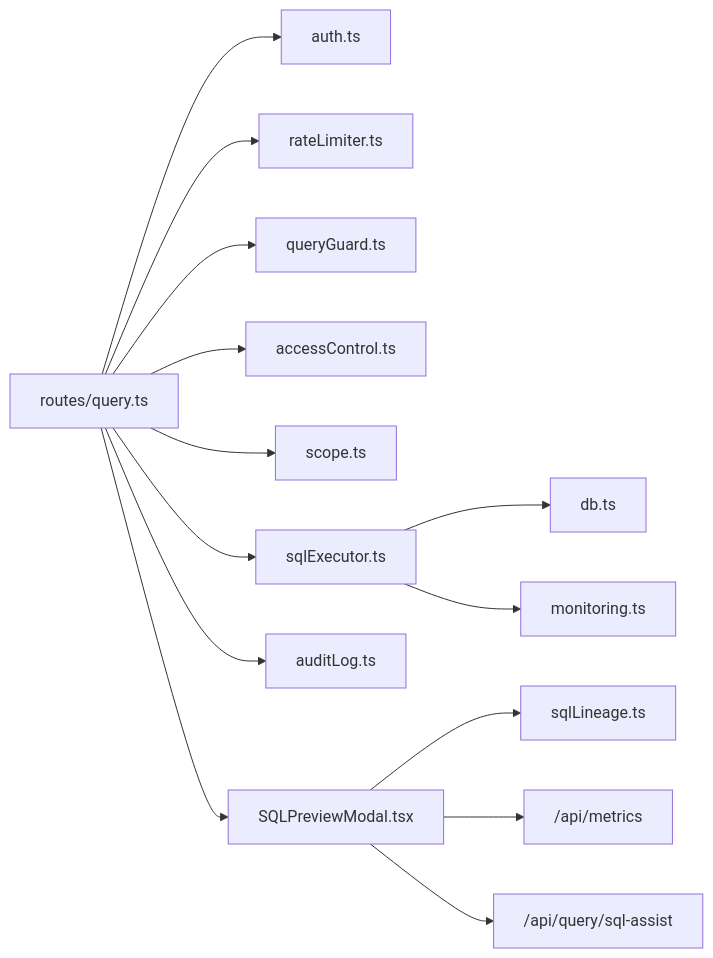
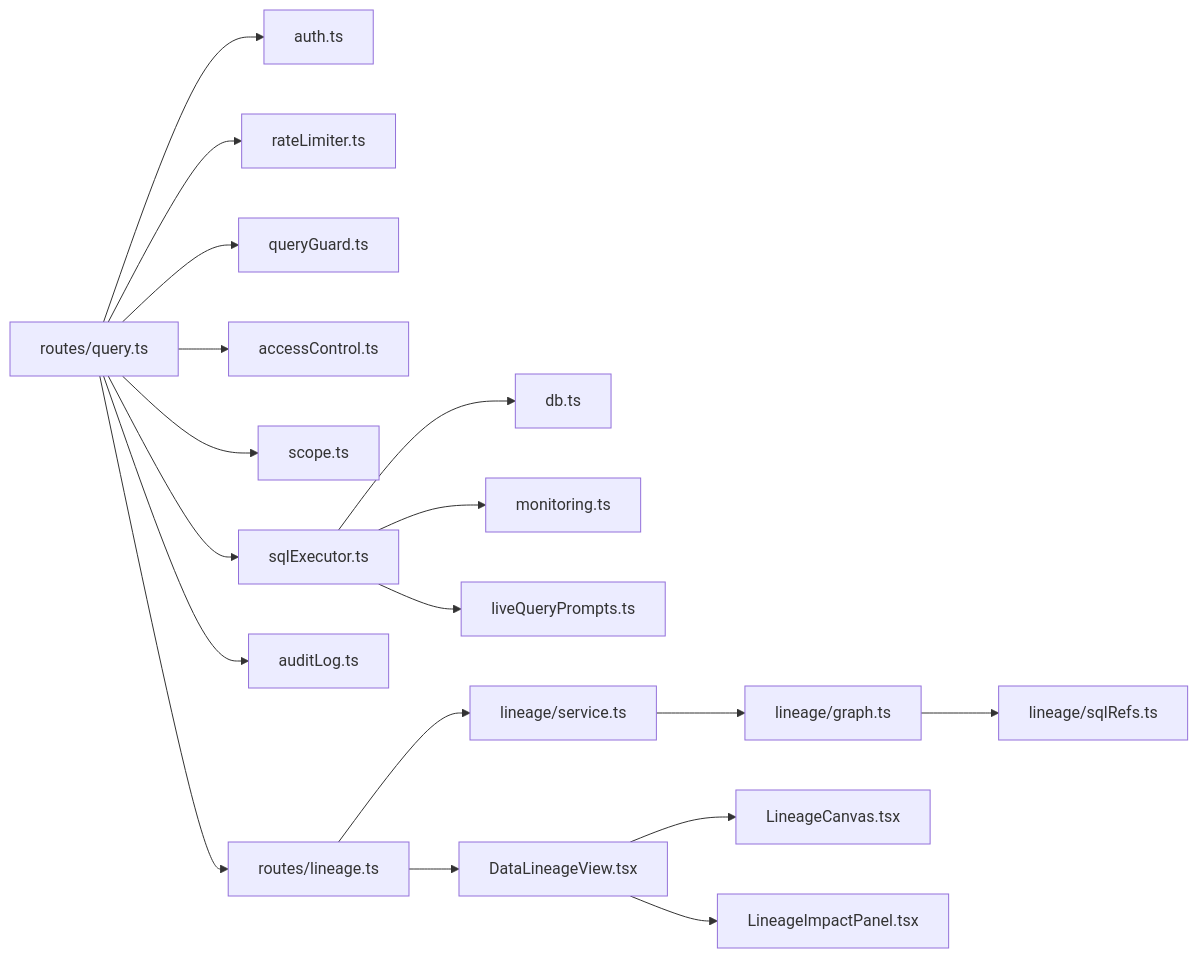
Before and after one commit to dgjin/smart-data-analytics: the fourth of 7 diagrams in .qoder/repowiki/zh/content/系统架构/核心组件详解/查询处理引擎/SQL执行器与安全控制.md, drawn with Mermaid. The commit also changed other lines of this file and 146 other files, not shown here.

````diff
--- a/.qoder/repowiki/zh/content/系统架构/核心组件详解/查询处理引擎/SQL执行器与安全控制.md
+++ b/.qoder/repowiki/zh/content/系统架构/核心组件详解/查询处理引擎/SQL执行器与安全控制.md
@@ -322,16 +449,20 @@
 ```mermaid
 graph LR
 Routes["routes/query.ts"] --> Auth["auth.ts"]
 Routes --> Rate["rateLimiter.ts"]
 Routes --> Guard["queryGuard.ts"]
 Routes --> ACL["accessControl.ts"]
 Routes --> Scope["scope.ts"]
 Routes --> Exec["sqlExecutor.ts"]
 Exec --> DB["db.ts"]
 Exec --> Mon["monitoring.ts"]
+Exec --> Dialect["liveQueryPrompts.ts"]
 Routes --> Audit["auditLog.ts"]
-Routes --> Lineage["SQLPreviewModal.tsx"]
-Lineage --> LineageUtils["sqlLineage.ts"]
-Lineage --> Metrics["/api/metrics"]
-Lineage --> SqlAssist["/api/query/sql-assist"]
+Routes --> LineageAPI["routes/lineage.ts"]
+LineageAPI --> LineageService["lineage/service.ts"]
+LineageService --> GraphEngine["lineage/graph.ts"]
+GraphEngine --> SqlRefs["lineage/sqlRefs.ts"]
+LineageAPI --> Frontend["DataLineageView.tsx"]
+Frontend --> Canvas["LineageCanvas.tsx"]
+Frontend --> ImpactPanel["LineageImpactPanel.tsx"]
 ```
````
